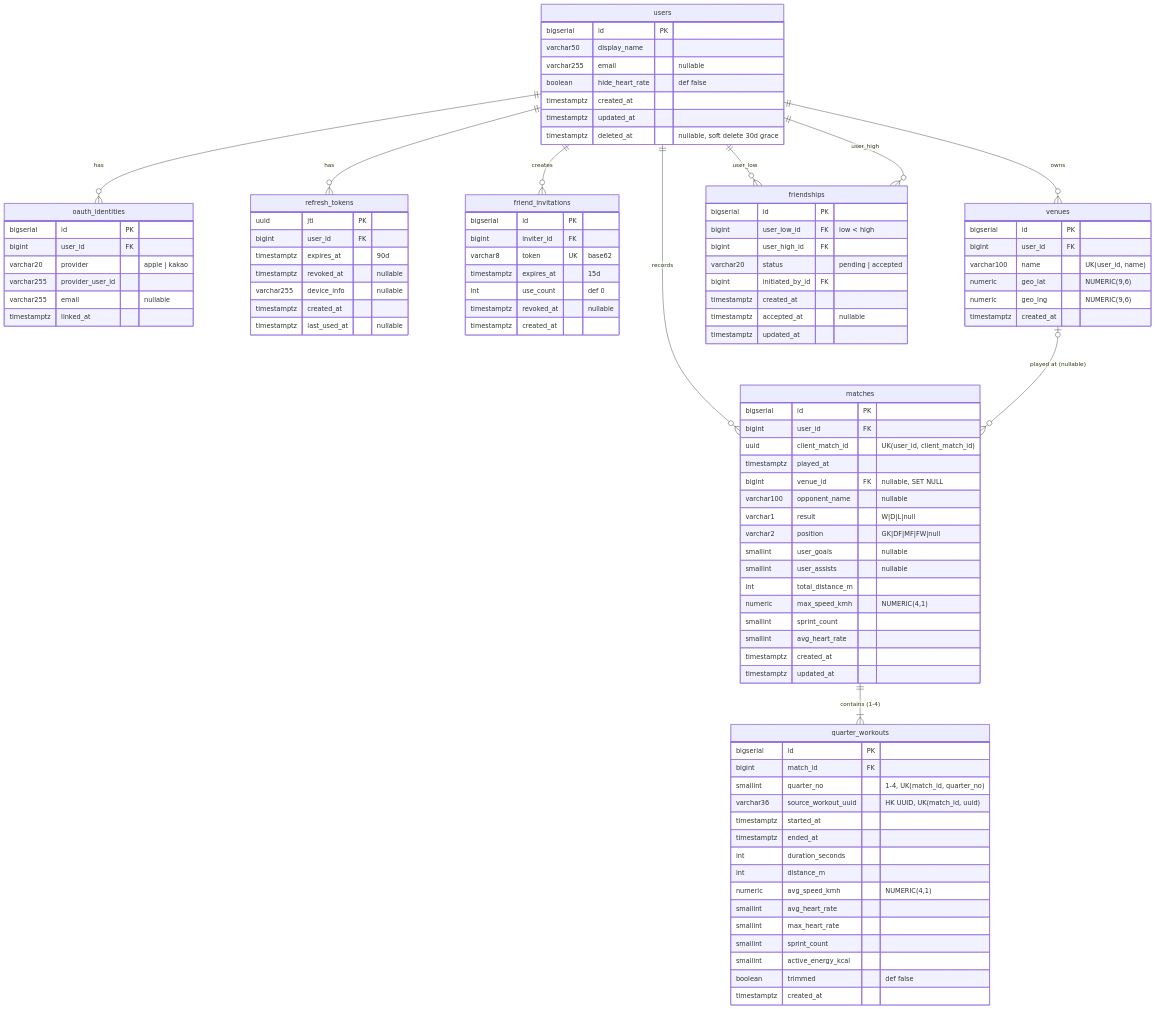
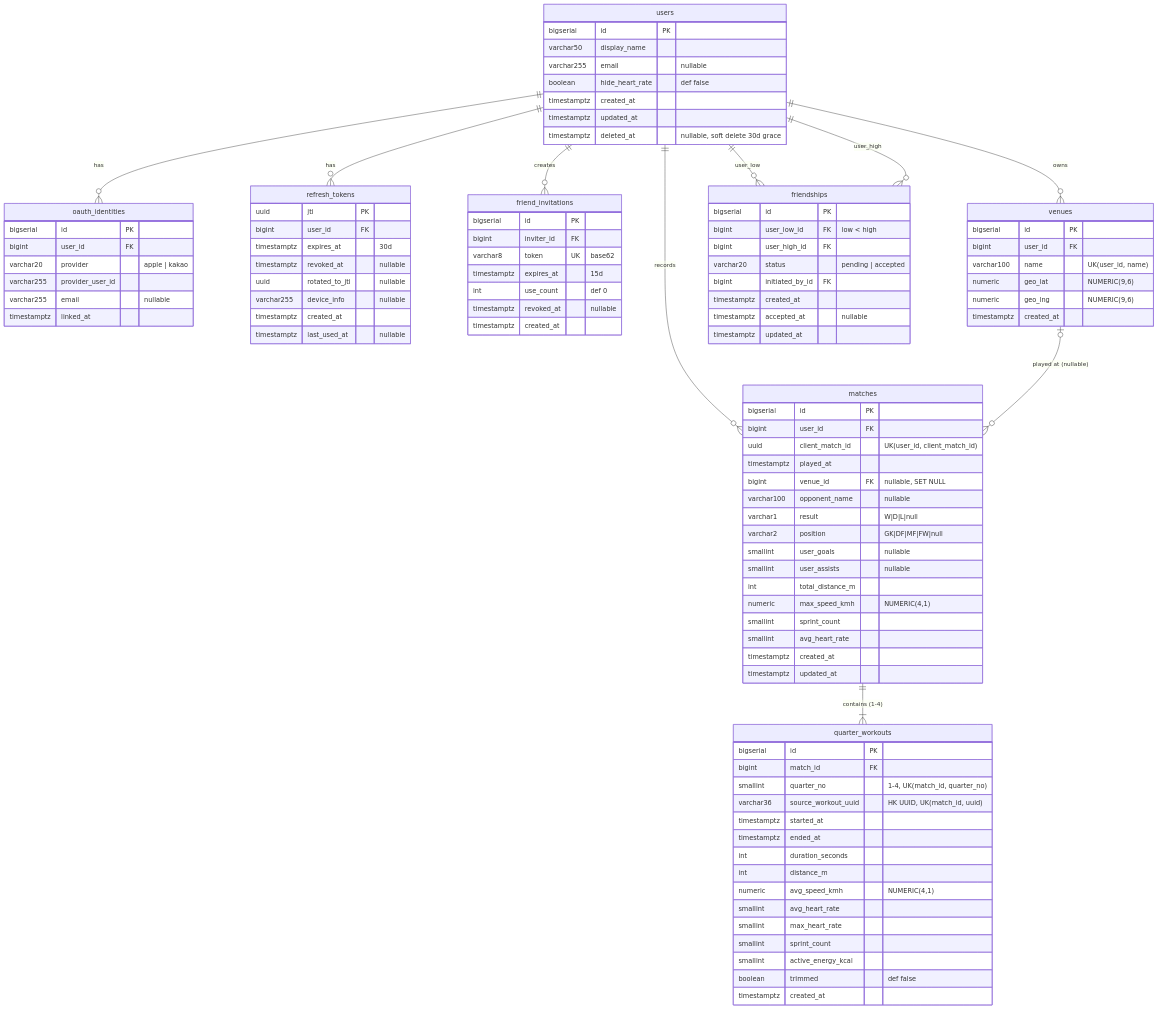
One commit to opixxx/kicklog changed the first of 5 diagrams in docs/spec/diagram.md. Above: the diagram before and after it, drawn with Mermaid. The commit also changed other lines of this file and 44 other files, not shown here.

```diff
--- a/docs/spec/diagram.md
+++ b/docs/spec/diagram.md
@@ -46,8 +46,9 @@
     refresh_tokens {
         uuid        jti PK
         bigint      user_id FK
-        timestamptz expires_at "90d"
+        timestamptz expires_at "30d"
         timestamptz revoked_at "nullable"
+        uuid        rotated_to_jti "nullable"
         varchar255  device_info "nullable"
         timestamptz created_at
         timestamptz last_used_at "nullable"
```
